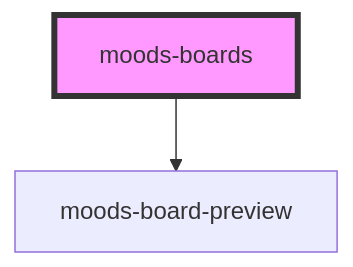
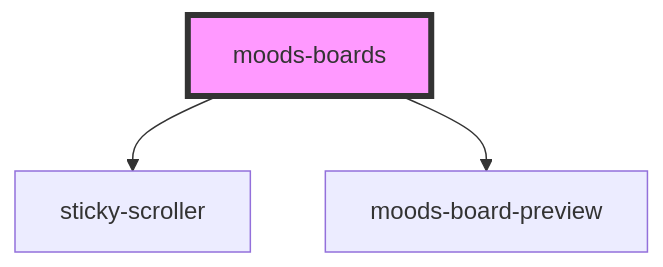
One commit to the-design-release/leibal-components changed the diagram in src/components/moods-boards/readme.md. Above: the diagram before and after it, drawn with Mermaid. The commit also changed other lines of this file and 4 other files, not shown here.

Commit message:
:hammer: Add sticky-scroll to moods-boards and moods-board sidebars

````diff
--- a/src/components/moods-boards/readme.md
+++ b/src/components/moods-boards/readme.md
@@ -24,5 +25,6 @@
 ```mermaid
 graph TD;
+  moods-boards --> sticky-scroller
   moods-boards --> moods-board-preview
   style moods-boards fill:#f9f,stroke:#333,stroke-width:4px
 ```
````
